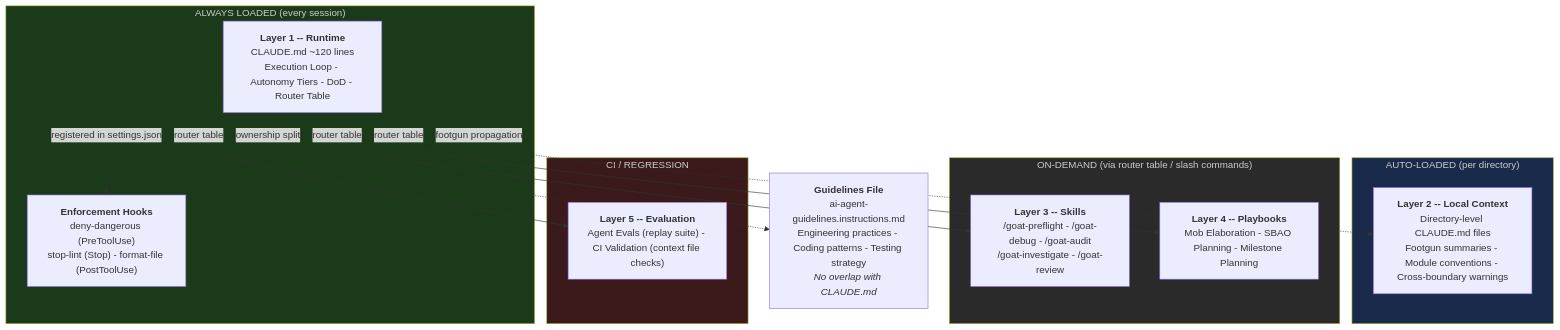
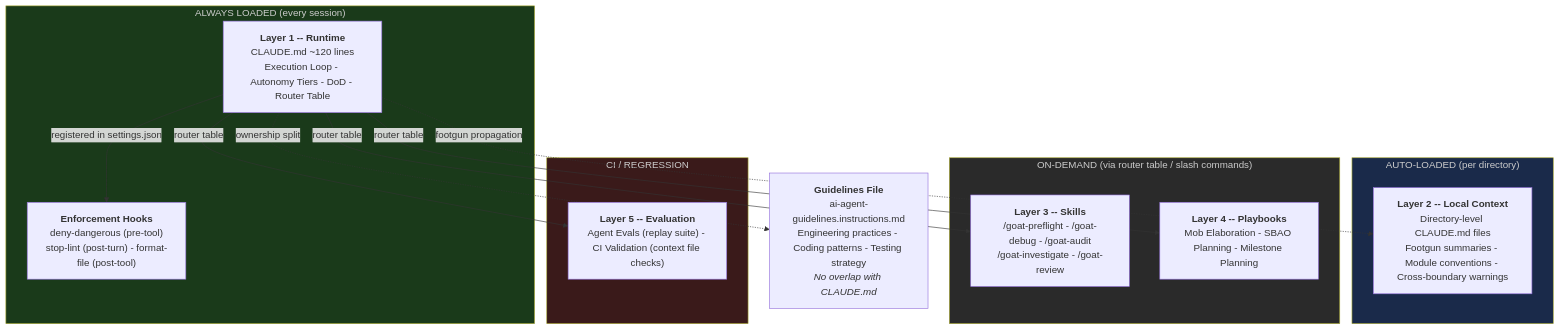
The first of 2 diagrams in docs/reference/design-rationale.md (blundergoat/goat-flow), drawn with Mermaid before and after one commit. The commit also changed other lines of this file and 39 other files, not shown here.

````diff
--- a/docs/reference/design-rationale.md
+++ b/docs/reference/design-rationale.md
@@ -30,34 +30,34 @@
 ```mermaid
 flowchart TB
     subgraph ALWAYS["ALWAYS LOADED (every session)"]
         L1["<b>Layer 1 -- Runtime</b><br/>CLAUDE.md ~120 lines<br/>Execution Loop - Autonomy Tiers - DoD - Router Table"]
-        HOOKS["<b>Enforcement Hooks</b><br/>deny-dangerous (PreToolUse)<br/>stop-lint (Stop) - format-file (PostToolUse)"]
+        HOOKS["<b>Enforcement Hooks</b><br/>deny-dangerous (pre-tool)<br/>stop-lint (post-turn) - format-file (post-tool)"]
     end
 
     subgraph AUTO["AUTO-LOADED (per directory)"]
         L2["<b>Layer 2 -- Local Context</b><br/>Directory-level CLAUDE.md files<br/>Footgun summaries - Module conventions - Cross-boundary warnings"]
     end
 
     subgraph DEMAND["ON-DEMAND (via router table / slash commands)"]
         L3["<b>Layer 3 -- Skills</b><br/>/goat-preflight - /goat-debug - /goat-audit<br/>/goat-investigate - /goat-review"]
         L4["<b>Layer 4 -- Playbooks</b><br/>Mob Elaboration - SBAO Planning - Milestone Planning"]
     end
 
     subgraph CICD["CI / REGRESSION"]
         L5["<b>Layer 5 -- Evaluation</b><br/>Agent Evals (replay suite) - CI Validation (context file checks)"]
     end
 
     GUIDE["<b>Guidelines File</b><br/>ai-agent-guidelines.instructions.md<br/>Engineering practices - Coding patterns - Testing strategy<br/><i>No overlap with CLAUDE.md</i>"]
 
     L1 -- "router table" --> L3
     L1 -- "router table" --> L4
     L1 -- "router table" --> L5
     L1 -. "footgun propagation" .-> L2
     L1 -- "registered in settings.json" --> HOOKS
     L1 -. "ownership split" .-> GUIDE
 
     style ALWAYS fill:#1a3a1a,color:#ccc
     style AUTO fill:#1a2a4a,color:#ccc
     style DEMAND fill:#2a2a2a,color:#ccc
     style CICD fill:#3a1a1a,color:#ccc
 ```
````
